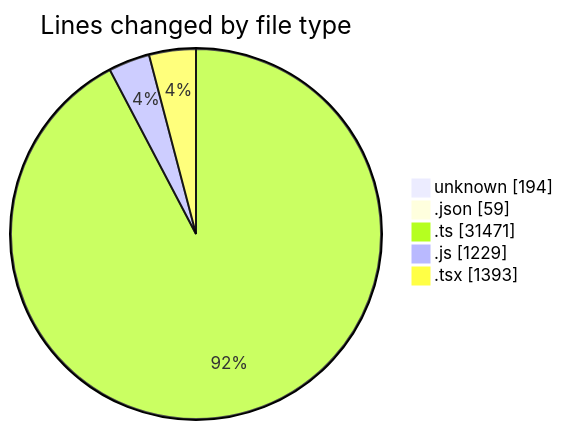
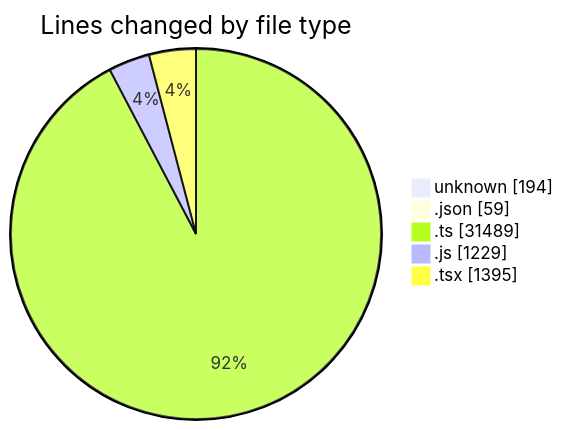
One commit to momahboobian/code-tracking changed the first of 2 diagrams in 2025-11-13/cda/README.md. Above: the diagram before and after it, drawn with Mermaid. The commit also changed other lines of this file and 1 other file, not shown here.

````diff
--- a/2025-11-13/cda/README.md
+++ b/2025-11-13/cda/README.md
@@ -37,9 +37,9 @@
 ```mermaid
 pie showData
 title Lines changed by file type
 "unknown" : 194
 ".json" : 59
-".ts" : 31471
+".ts" : 31489
 ".js" : 1229
-".tsx" : 1393
+".tsx" : 1395
 ```
````
